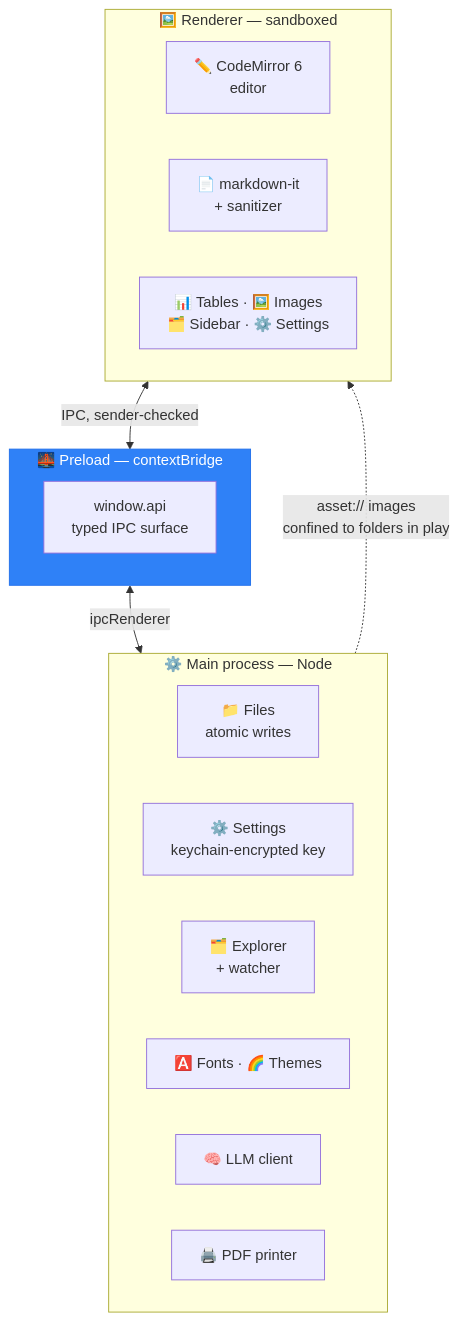
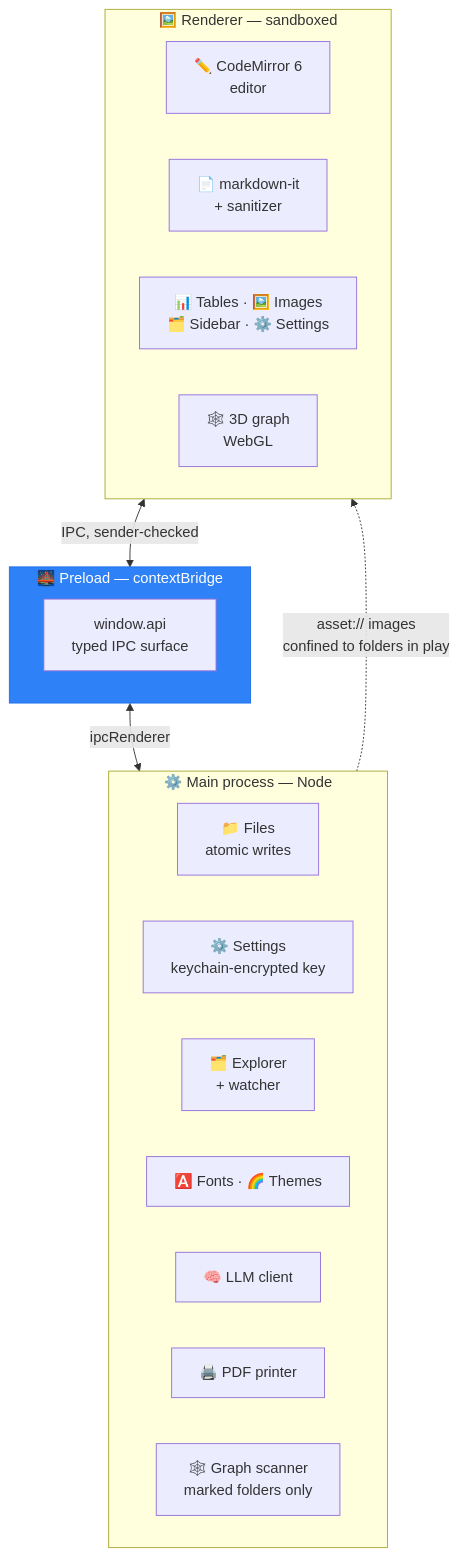
The seventh of 8 diagrams in README.md (csnakke/tendril), drawn with Mermaid before and after one commit. The commit also changed other lines of this file and 35 other files, not shown here.

First line of the commit message:
Add 3D tag graph, one-command installer and editor fixes

````diff
--- a/README.md
+++ b/README.md
@@ -572,25 +667,27 @@
 ```mermaid
 flowchart TB
     subgraph M ["⚙️ Main process — Node"]
         direction LR
         M1["📁 Files<br/>atomic writes"]
         M2["⚙️ Settings<br/>keychain-encrypted key"]
         M3["🗂️ Explorer<br/>+ watcher"]
         M4["🅰️ Fonts · 🌈 Themes"]
         M5["🧠 LLM client"]
         M6["🖨️ PDF printer"]
+        M7["🕸️ Graph scanner<br/>marked folders only"]
     end
     subgraph P ["🌉 Preload — contextBridge"]
         P1["window.api<br/>typed IPC surface"]
     end
     subgraph R ["🖼️ Renderer — sandboxed"]
         direction LR
         R1["✏️ CodeMirror 6<br/>editor"]
         R2["📄 markdown-it<br/>+ sanitizer"]
         R3["📊 Tables · 🖼️ Images<br/>🗂️ Sidebar · ⚙️ Settings"]
+        R4["🕸️ 3D graph<br/>WebGL"]
     end
     R <-->|"IPC, sender-checked"| P
     P <-->|"ipcRenderer"| M
     M -.->|"asset:// images<br/>confined to folders in play"| R
     style P fill:#2f81f7,stroke:#1f6feb,color:#fff
 ```
````
